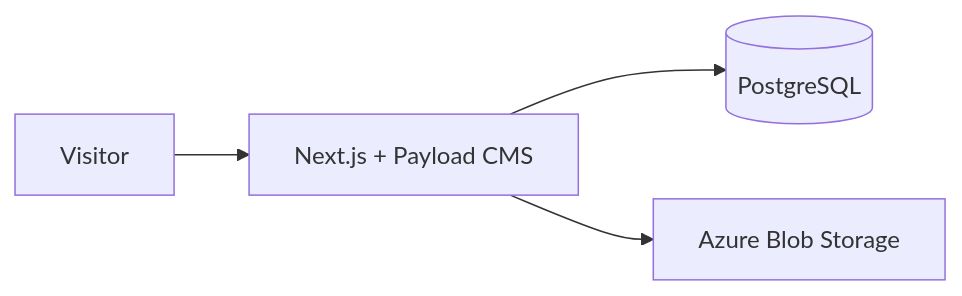
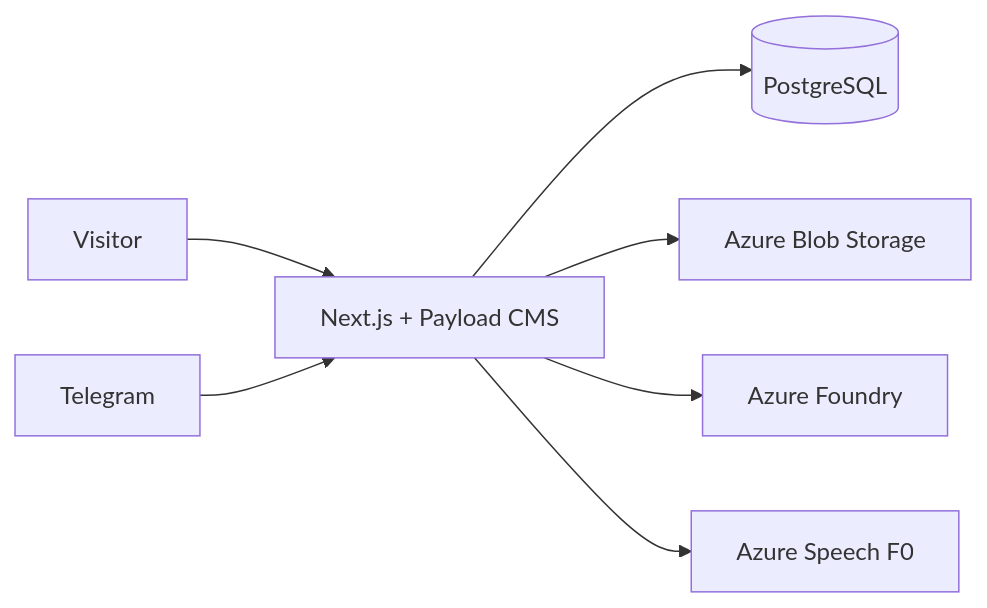
The diagram in README.md (jw-rae/the-offhand-app), drawn with Mermaid before and after one commit. The commit also changed other lines of this file and 8 other files, not shown here.

````diff
--- a/README.md
+++ b/README.md
@@ -55,6 +59,9 @@
 ```mermaid
 flowchart LR
   Visitor --> Next["Next.js + Payload CMS"]
+  Telegram --> Next
   Next --> DB[(PostgreSQL)]
   Next --> Media["Azure Blob Storage"]
+  Next --> Foundry["Azure Foundry"]
+  Next --> Speech["Azure Speech F0"]
 ```
````
